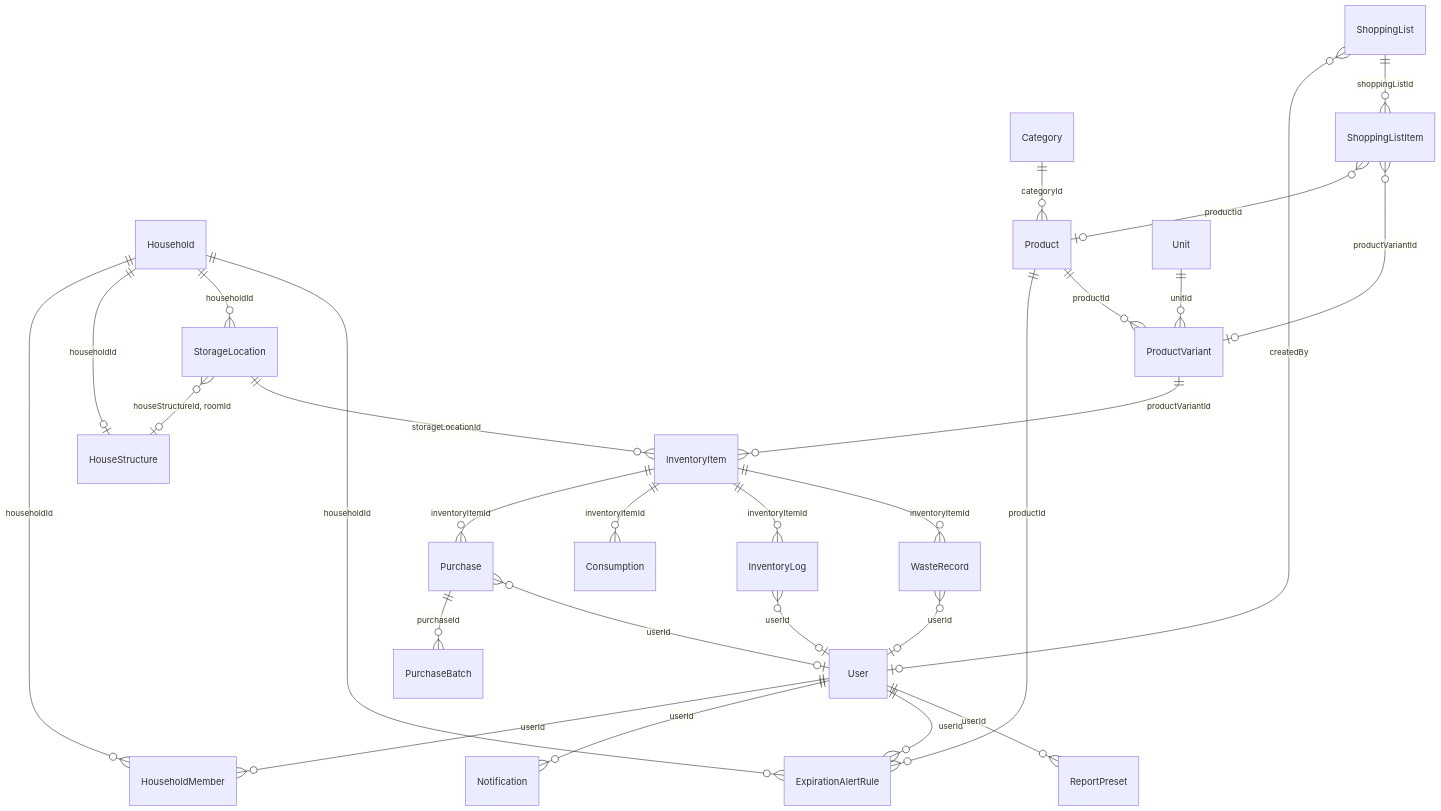
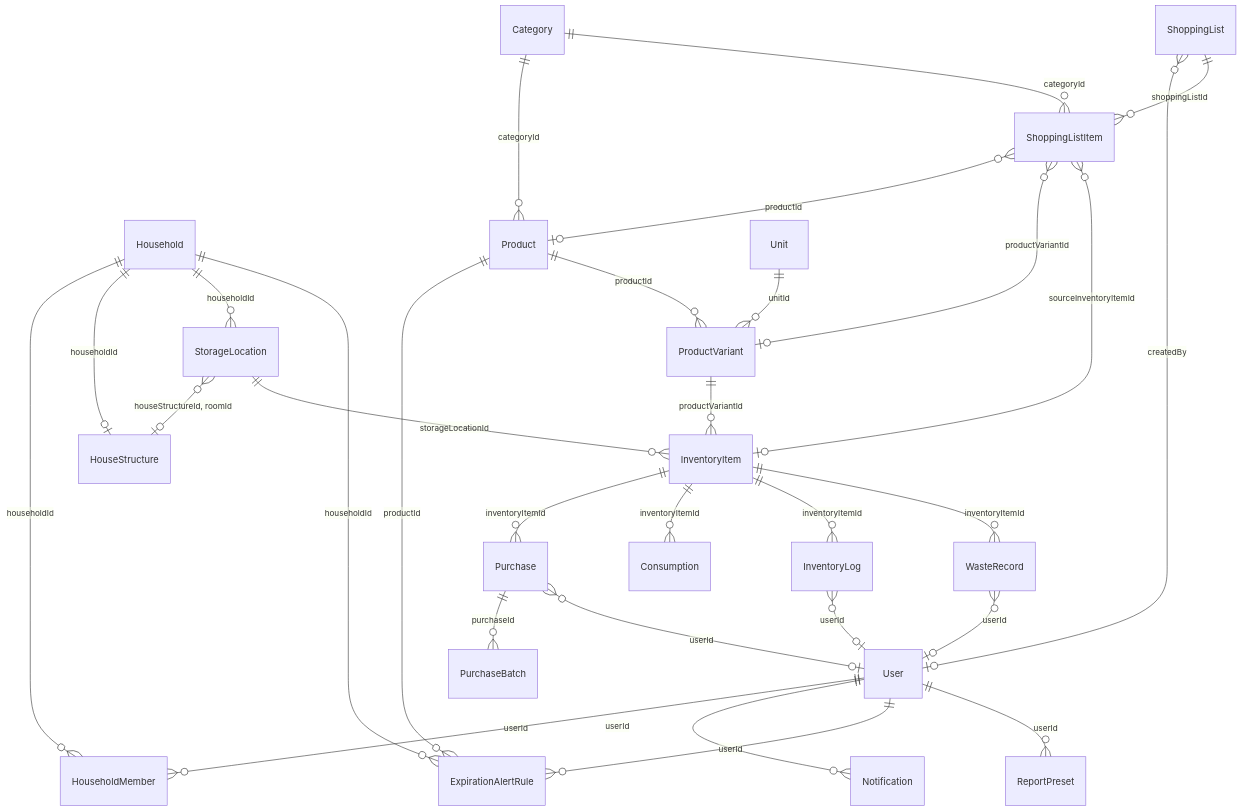
One commit to wukdddang/home-inventory-manager changed the first of 7 diagrams in backend/docs/entity-logical-design.md. Above: the diagram before and after it, drawn with Mermaid. The commit also changed other lines of this file and 3 other files, not shown here.

First line of the commit message:
docs: ShoppingListItem 및 카테고리 관련 설명 업데이트

````diff
--- a/backend/docs/entity-logical-design.md
+++ b/backend/docs/entity-logical-design.md
@@ -16,39 +16,41 @@
 ```mermaid
 erDiagram
     User ||--o{ HouseholdMember : "userId"
     Household ||--o{ HouseholdMember : "householdId"
 
     Category ||--o{ Product : "categoryId"
 
     Household ||--o| HouseStructure : "householdId"
     Household ||--o{ StorageLocation : "householdId"
     StorageLocation }o--o| HouseStructure : "houseStructureId, roomId"
     Household ||--o{ ExpirationAlertRule : "householdId"
     Product ||--o{ ExpirationAlertRule : "productId"
 
     Product ||--o{ ProductVariant : "productId"
     Unit ||--o{ ProductVariant : "unitId"
 
     ProductVariant ||--o{ InventoryItem : "productVariantId"
     StorageLocation ||--o{ InventoryItem : "storageLocationId"
 
     InventoryItem ||--o{ Purchase : "inventoryItemId"
     Purchase ||--o{ PurchaseBatch : "purchaseId"
     InventoryItem ||--o{ Consumption : "inventoryItemId"
     InventoryItem ||--o{ InventoryLog : "inventoryItemId"
     InventoryItem ||--o{ WasteRecord : "inventoryItemId"
 
     WasteRecord }o--o| User : "userId"
 
     Purchase }o--o| User : "userId"
     InventoryLog }o--o| User : "userId"
 
     ShoppingList }o--o| User : "createdBy"
     ShoppingList ||--o{ ShoppingListItem : "shoppingListId"
+    Category ||--o{ ShoppingListItem : "categoryId"
     ShoppingListItem }o--o| Product : "productId"
     ShoppingListItem }o--o| ProductVariant : "productVariantId"
+    ShoppingListItem }o--o| InventoryItem : "sourceInventoryItemId"
 
     User ||--o{ Notification : "userId"
     User ||--o{ ExpirationAlertRule : "userId"
     User ||--o{ ReportPreset : "userId"
 ```
````
